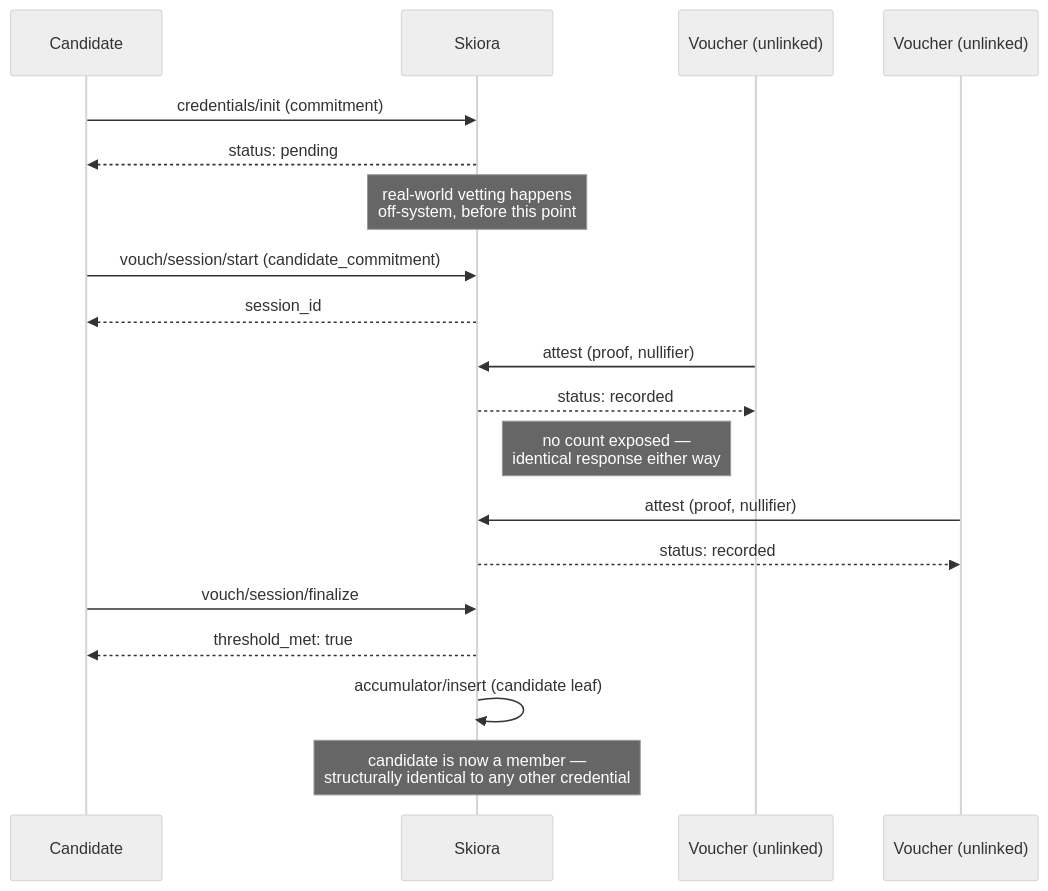
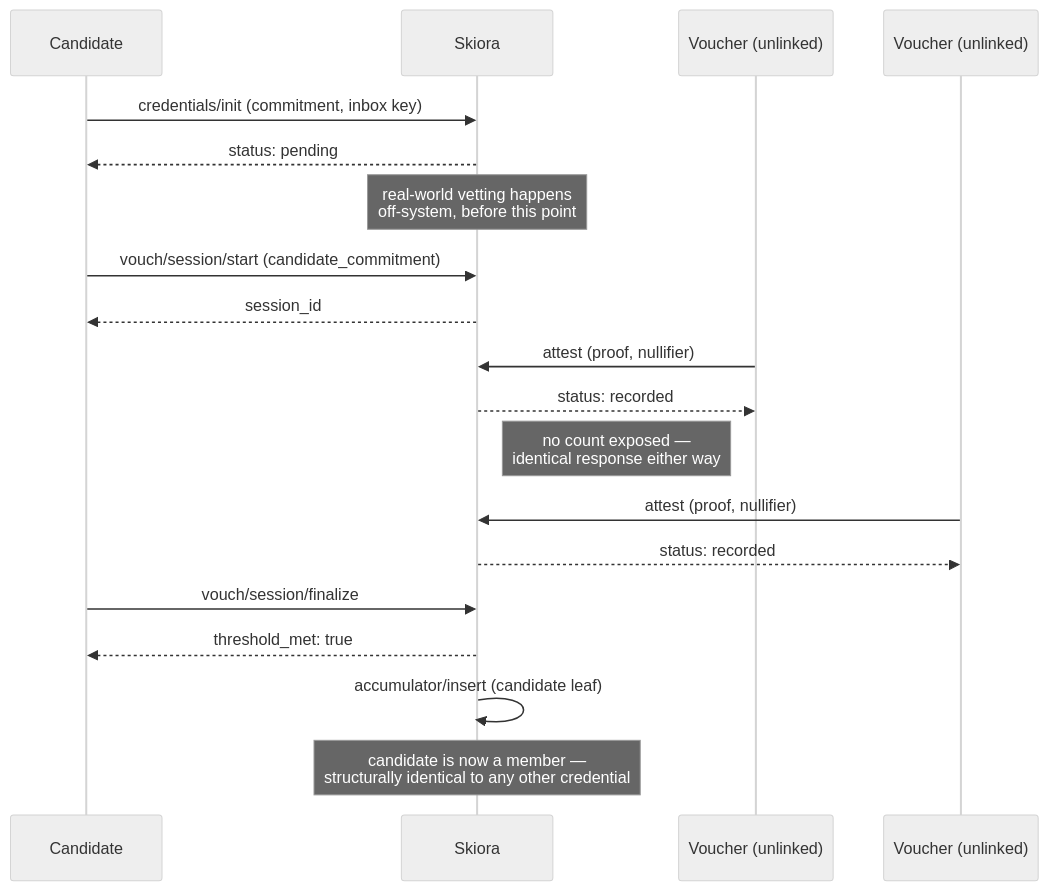
The third of 6 diagrams in spec/nymora-protocol.md (xyberal/nymora), drawn with Mermaid (neutral theme) before and after one commit. The commit also changed other lines of this file and 59 other files, not shown here.

````diff
--- a/spec/nymora-protocol.md
+++ b/spec/nymora-protocol.md
@@ -282,28 +285,28 @@
 ```mermaid
 sequenceDiagram
     participant Candidate
     participant Skiora
     participant Voucher1 as Voucher (unlinked)
     participant Voucher2 as Voucher (unlinked)
 
-    Candidate->>Skiora: credentials/init (commitment)
+    Candidate->>Skiora: credentials/init (commitment, inbox key)
     Skiora-->>Candidate: status: pending
 
     Note over Skiora: real-world vetting happens<br/>off-system, before this point
 
     Candidate->>Skiora: vouch/session/start (candidate_commitment)
     Skiora-->>Candidate: session_id
 
     Voucher1->>Skiora: attest (proof, nullifier)
     Skiora-->>Voucher1: status: recorded
     Note right of Skiora: no count exposed —<br/>identical response either way
 
     Voucher2->>Skiora: attest (proof, nullifier)
     Skiora-->>Voucher2: status: recorded
 
     Candidate->>Skiora: vouch/session/finalize
     Skiora-->>Candidate: threshold_met: true
 
     Skiora->>Skiora: accumulator/insert (candidate leaf)
     Note over Skiora: candidate is now a member —<br/>structurally identical to any other credential
 ```
````
